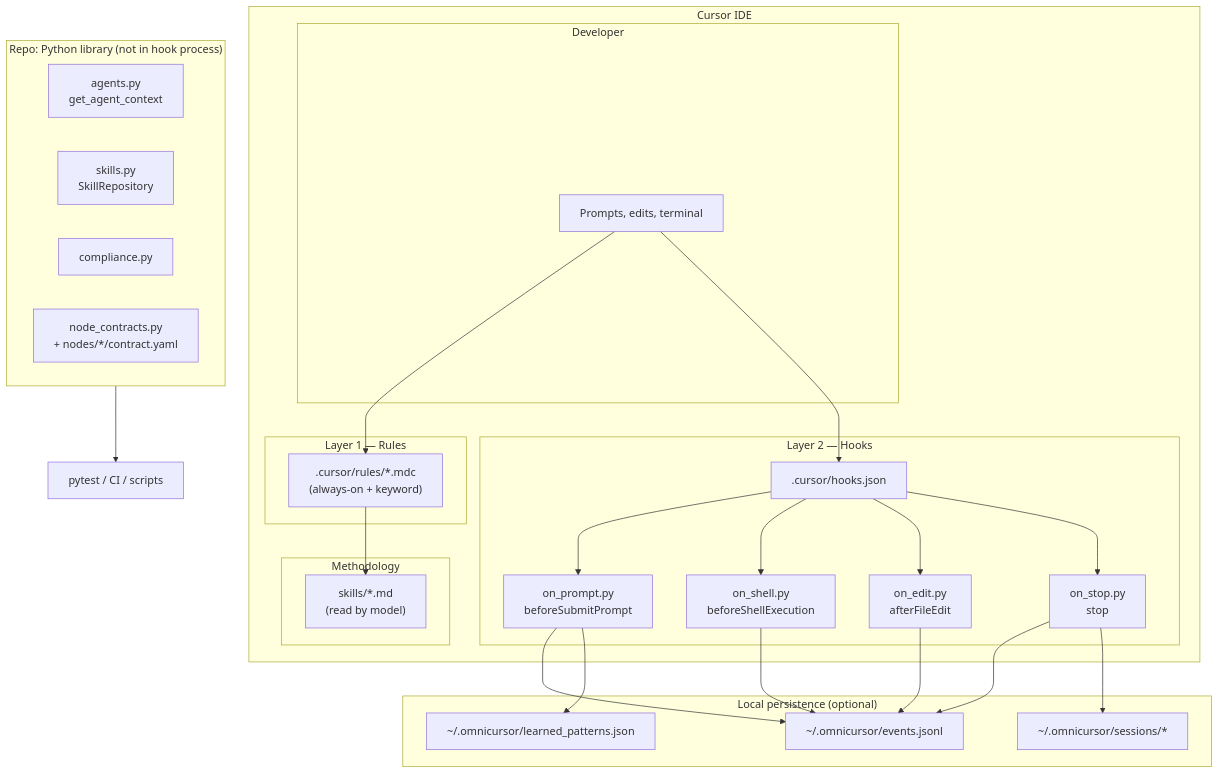
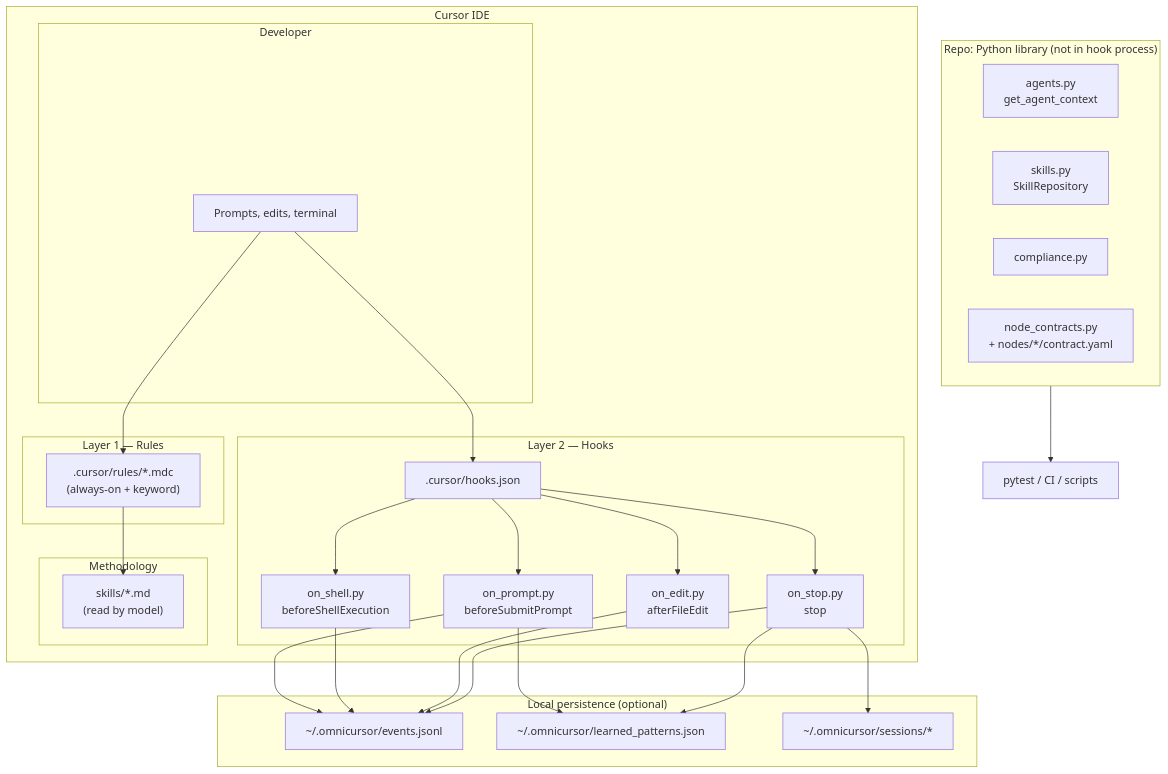
One commit to Julian0444/omnicursor changed the first of 2 diagrams in docs/dev/OMNICURSOR_SYSTEM_DESIGN.md. Above: the diagram before and after it, drawn with Mermaid. The commit also changed other lines of this file and 1 other file, not shown here.

Commit message:
docs(intelligence): document Option A pattern learning loop, schema, and privacy note

````diff
--- a/docs/dev/OMNICURSOR_SYSTEM_DESIGN.md
+++ b/docs/dev/OMNICURSOR_SYSTEM_DESIGN.md
@@ -9,48 +9,49 @@
 ```mermaid
 flowchart TB
   subgraph IDE["Cursor IDE"]
     subgraph L1["Layer 1 — Rules"]
       R[".cursor/rules/*.mdc\n(always-on + keyword)"]
     end
 
     subgraph L2["Layer 2 — Hooks"]
       HJ[".cursor/hooks.json"]
       HP["on_prompt.py\nbeforeSubmitPrompt"]
       HS["on_shell.py\nbeforeShellExecution"]
       HE["on_edit.py\nafterFileEdit"]
       HO["on_stop.py\nstop"]
       HJ --> HP & HS & HE & HO
     end
 
     subgraph Skills["Methodology"]
       MD["skills/*.md\n(read by model)"]
     end
 
     subgraph User["Developer"]
       U["Prompts, edits, terminal"]
     end
 
     U --> R
     U --> HJ
     R --> MD
   end
 
   subgraph Local["Local persistence (optional)"]
     E["~/.omnicursor/events.jsonl"]
     P["~/.omnicursor/learned_patterns.json"]
     S["~/.omnicursor/sessions/*"]
   end
 
   HP & HS & HE & HO --> E
   HP --> P
+  HO --> P
   HO --> S
 
   subgraph Lib["Repo: Python library (not in hook process)"]
     A["agents.py\nget_agent_context"]
     SK["skills.py\nSkillRepository"]
     C["compliance.py"]
     NC["node_contracts.py\n+ nodes/*/contract.yaml"]
   end
 
   Lib --> CI["pytest / CI / scripts"]
 ```
````
